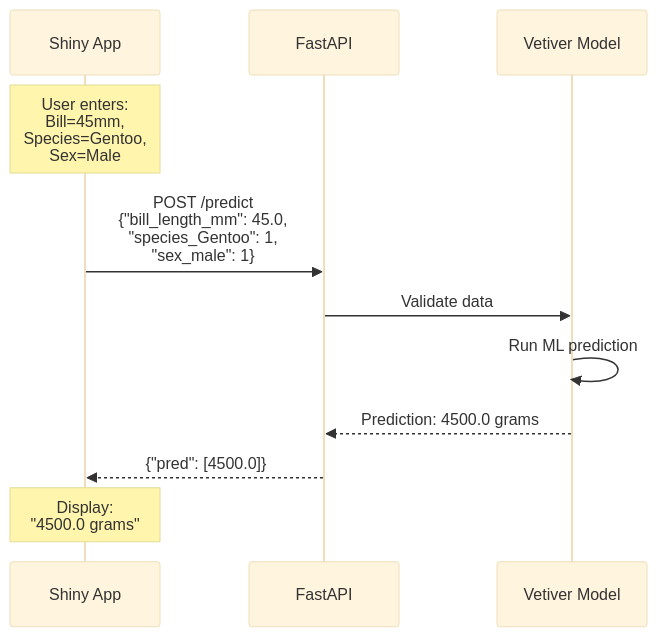
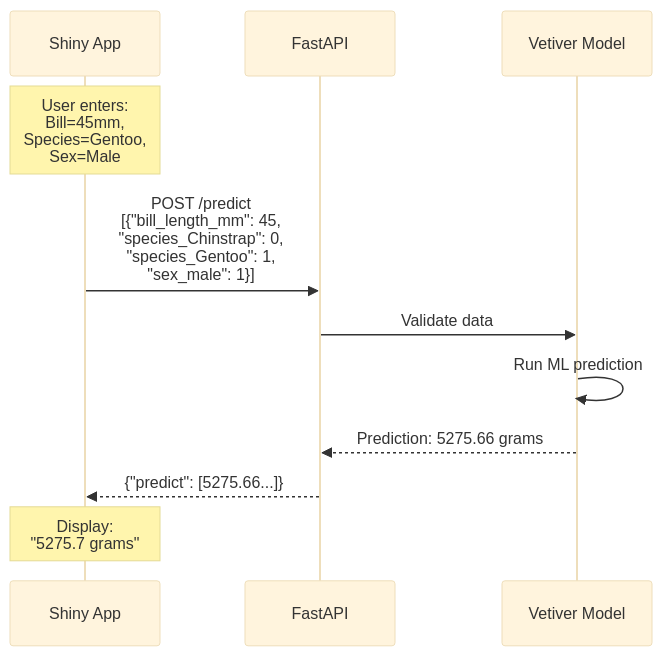
One commit to mjfrigaard/do4ds-labs changed the seventh of 7 diagrams in py-app-api.qmd. Above: the diagram before and after it, drawn with Mermaid. The commit also changed other lines of this file and 15 other files, not shown here.

````diff
--- a/py-app-api.qmd
+++ b/py-app-api.qmd
@@ -1006,26 +1028,26 @@
 ```{mermaid}
 %%| fig-cap: 'Refresher on APIs'
 %%| fig-width: 7.0
 %%| fig-align: 'center'
 %%{init: {'theme': 'base', 'look': 'classic', 'themeVariables': {'fontFamily': 'monospace'}}}%%
 
 sequenceDiagram
     participant Shiny as Shiny App
     participant API as FastAPI
     participant Vetiver as Vetiver Model
     
     Note over Shiny: User enters:<br>Bill=45mm,<br>Species=Gentoo,<br>Sex=Male
     
-    Shiny->>API: POST /predict<br>{"bill_length_mm": 45.0,<br>"species_Gentoo": 1,<br>"sex_male": 1}
+    Shiny->>API: POST /predict<br>[{"bill_length_mm": 45,<br>"species_Chinstrap": 0,<br>"species_Gentoo": 1,<br>"sex_male": 1}]
     
     API->>Vetiver: Validate data
     
     Vetiver->>Vetiver: Run ML prediction
     
-    Vetiver-->>API: Prediction: 4500.0 grams
+    Vetiver-->>API: Prediction: 5275.66 grams
     
-    API-->>Shiny: {"pred": [4500.0]}
+    API-->>Shiny: {"predict": [5275.66...]}
     
-    Note over Shiny: Display:<br>"4500.0 grams"
+    Note over Shiny: Display:<br>"5275.7 grams"
 
 ```
````
